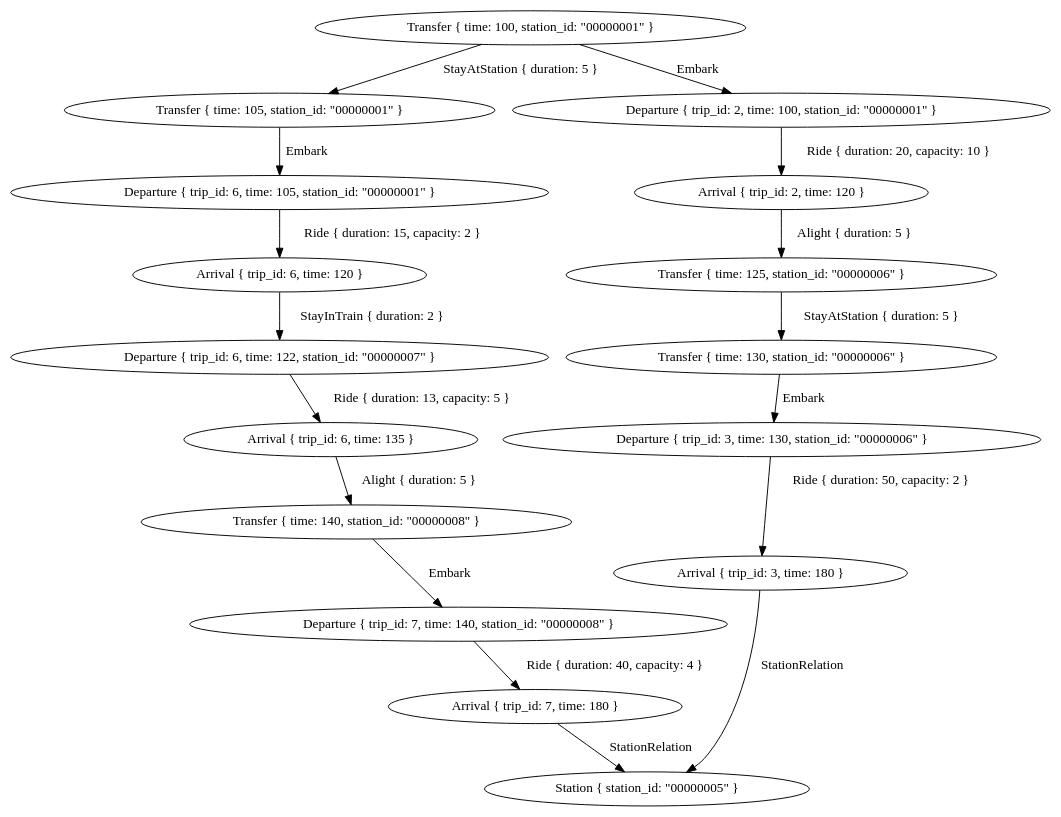
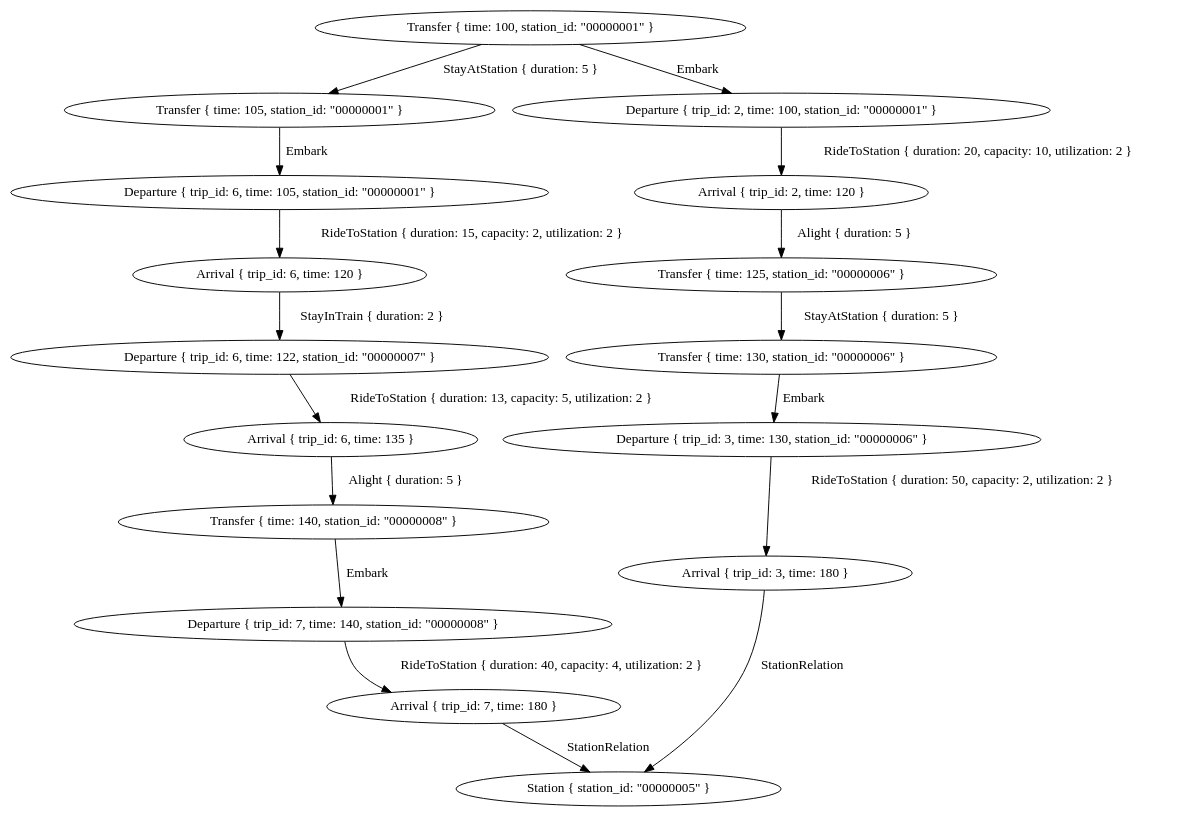
The diagram in graphs/subgraph_group_9.dot (eliaswendt/mcfp-optimizer), drawn with Graphviz before and after one commit. The commit also changed 12 other files, not shown here.

```diff
--- a/graphs/subgraph_group_9.dot
+++ b/graphs/subgraph_group_9.dot
@@ -1,34 +1,34 @@
 digraph {
     0 [ label = "Transfer { time: 100, station_id: \"00000001\" }" ]
     1 [ label = "Transfer { time: 105, station_id: \"00000001\" }" ]
     2 [ label = "Departure { trip_id: 6, time: 105, station_id: \"00000001\" }" ]
     3 [ label = "Arrival { trip_id: 6, time: 120 }" ]
     4 [ label = "Departure { trip_id: 6, time: 122, station_id: \"00000007\" }" ]
     5 [ label = "Arrival { trip_id: 6, time: 135 }" ]
     6 [ label = "Transfer { time: 140, station_id: \"00000008\" }" ]
     7 [ label = "Departure { trip_id: 7, time: 140, station_id: \"00000008\" }" ]
     8 [ label = "Arrival { trip_id: 7, time: 180 }" ]
     9 [ label = "Station { station_id: \"00000005\" }" ]
     10 [ label = "Departure { trip_id: 2, time: 100, station_id: \"00000001\" }" ]
     11 [ label = "Arrival { trip_id: 2, time: 120 }" ]
     12 [ label = "Transfer { time: 125, station_id: \"00000006\" }" ]
     13 [ label = "Transfer { time: 130, station_id: \"00000006\" }" ]
     14 [ label = "Departure { trip_id: 3, time: 130, station_id: \"00000006\" }" ]
     15 [ label = "Arrival { trip_id: 3, time: 180 }" ]
     0 -> 1 [ label = "StayAtStation { duration: 5 }" ]
     1 -> 2 [ label = "Embark" ]
-    2 -> 3 [ label = "Ride { duration: 15, capacity: 2 }" ]
+    2 -> 3 [ label = "RideToStation { duration: 15, capacity: 2, utilization: 2 }" ]
     3 -> 4 [ label = "StayInTrain { duration: 2 }" ]
-    4 -> 5 [ label = "Ride { duration: 13, capacity: 5 }" ]
+    4 -> 5 [ label = "RideToStation { duration: 13, capacity: 5, utilization: 2 }" ]
     5 -> 6 [ label = "Alight { duration: 5 }" ]
     6 -> 7 [ label = "Embark" ]
-    7 -> 8 [ label = "Ride { duration: 40, capacity: 4 }" ]
+    7 -> 8 [ label = "RideToStation { duration: 40, capacity: 4, utilization: 2 }" ]
     8 -> 9 [ label = "StationRelation" ]
     0 -> 10 [ label = "Embark" ]
-    10 -> 11 [ label = "Ride { duration: 20, capacity: 10 }" ]
+    10 -> 11 [ label = "RideToStation { duration: 20, capacity: 10, utilization: 2 }" ]
     11 -> 12 [ label = "Alight { duration: 5 }" ]
     12 -> 13 [ label = "StayAtStation { duration: 5 }" ]
     13 -> 14 [ label = "Embark" ]
-    14 -> 15 [ label = "Ride { duration: 50, capacity: 2 }" ]
+    14 -> 15 [ label = "RideToStation { duration: 50, capacity: 2, utilization: 2 }" ]
     15 -> 9 [ label = "StationRelation" ]
 }
```
